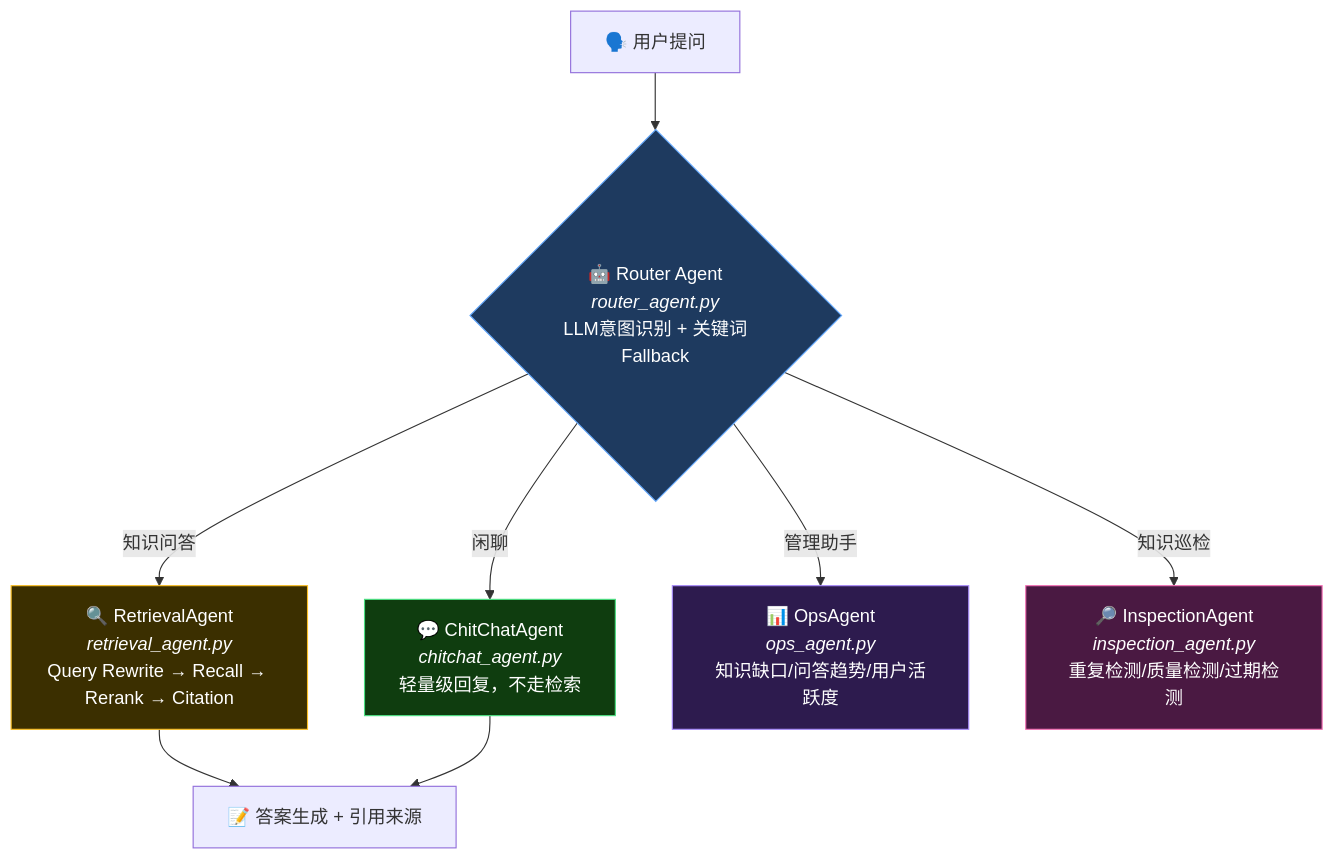
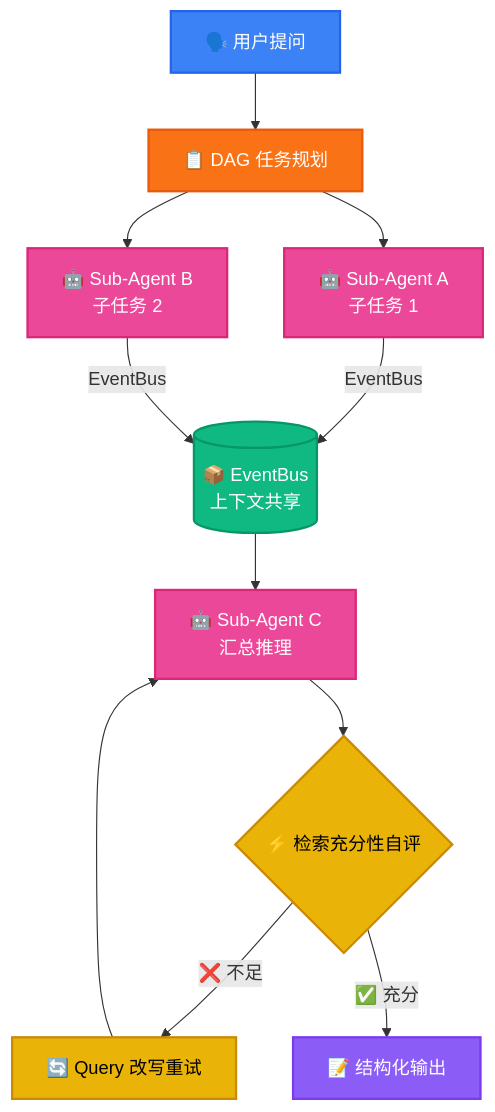
Before and after one commit to 7ing24/AgenticRAG: the third of 4 diagrams in README.md, drawn with Mermaid. The commit also changed other lines of this file and 4 other files, not shown here.

````diff
--- a/README.md
+++ b/README.md
@@ -126,24 +152,29 @@
 ```mermaid
-flowchart TD
-    Q["🗣️ 用户提问"] --> R{"🤖 Router Agent<br/><i>router_agent.py</i><br/>LLM意图识别 + 关键词Fallback"}
+graph TD
+    classDef input fill:#3B82F6,stroke:#2563EB,color:#fff,stroke-width:2px
+    classDef plan fill:#F97316,stroke:#EA580C,color:#fff,stroke-width:2px
+    classDef agent fill:#EC4899,stroke:#DB2777,color:#fff,stroke-width:2px
+    classDef bus fill:#10B981,stroke:#059669,color:#fff,stroke-width:2px
+    classDef eval fill:#EAB308,stroke:#CA8A04,color:#000,stroke-width:2px
+    classDef output fill:#8B5CF6,stroke:#7C3AED,color:#fff,stroke-width:2px
 
-    R -->|闲聊| C1["💬 ChitChatAgent<br/><i>chitchat_agent.py</i><br/>轻量级回复，不走检索"]
-    R -->|知识问答| C2["🔍 RetrievalAgent<br/><i>retrieval_agent.py</i><br/>Query Rewrite → Recall → Rerank → Citation"]
-    R -->|管理助手| C3["📊 OpsAgent<br/><i>ops_agent.py</i><br/>知识缺口/问答趋势/用户活跃度"]
-    R -->|知识巡检| C4["🔎 InspectionAgent<br/><i>inspection_agent.py</i><br/>重复检测/质量检测/过期检测"]
+    Q["🗣️ 用户提问"] --> Planner["📋 DAG 任务规划"]
+    Planner --> Sub1["🤖 Sub-Agent A<br/>子任务 1"]
+    Planner --> Sub2["🤖 Sub-Agent B<br/>子任务 2"]
+    
+    Sub1 -->|EventBus| Bus[("📦 EventBus<br/>上下文共享")]
+    Sub2 -->|EventBus| Bus
+    
+    Bus --> Sub3["🤖 Sub-Agent C<br/>汇总推理"]
+    Sub3 --> Eval{"⚡ 检索充分性自评"}
+    Eval -->|❌ 不足| Rewrite["🔄 Query 改写重试"]
+    Rewrite --> Sub3
+    Eval -->|✅ 充分| Answer["📝 结构化输出"]
 
-    C2 --> ANS["📝 答案生成 + 引用来源"]
-    C1 --> ANS
-
-    classDef router fill:#1e3a5f,stroke:#60a5fa,color:#fff
-    classDef chitchat fill:#0f3d0f,stroke:#4ade80,color:#fff
-    classDef retrieval fill:#3b2f00,stroke:#fbbf24,color:#fff
-    classDef ops fill:#2d1b4e,stroke:#a78bfa,color:#fff
-    classDef inspection fill:#4a1942,stroke:#f472b6,color:#fff
-
-    class R router
-    class C1 chitchat
-    class C2 retrieval
-    class C3 ops
-    class C4 inspection
+    class Q input
+    class Planner plan
+    class Sub1,Sub2,Sub3,Sub3 agent
+    class Bus bus
+    class Eval,Rewrite eval
+    class Answer output
 ```
````
